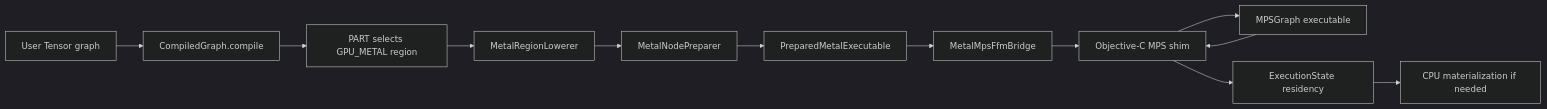
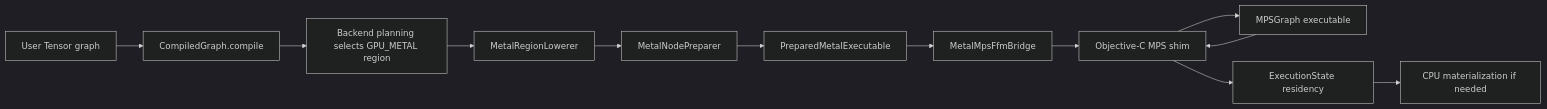
The first of 2 diagrams in docs/metal-backend.md (pho001/Synaptik), drawn with Mermaid (dark theme) before and after one commit. The commit also changed other lines of this file and 34 other files, not shown here.

Commit message:
docs: align architecture with compile planning model

````diff
--- a/docs/metal-backend.md
+++ b/docs/metal-backend.md
@@ -76,26 +76,26 @@
 ```mermaid
 flowchart LR
     Tensor["User Tensor graph"]
     Compile["CompiledGraph.compile"]
-    Part["PART selects GPU_METAL region"]
+    Part["Backend planning selects GPU_METAL region"]
     Lower["MetalRegionLowerer"]
     Prepare["MetalNodePreparer"]
     Exec["PreparedMetalExecutable"]
     Bridge["MetalMpsFfmBridge"]
     Native["Objective-C MPS shim"]
     MPS["MPSGraph executable"]
     State["ExecutionState residency"]
     CPU["CPU materialization if needed"]
 
     Tensor --> Compile
     Compile --> Part
     Part --> Lower
     Lower --> Prepare
     Prepare --> Exec
     Exec --> Bridge
     Bridge --> Native
     Native --> MPS
     MPS --> Native
     Native --> State
     State --> CPU
 ```
````
